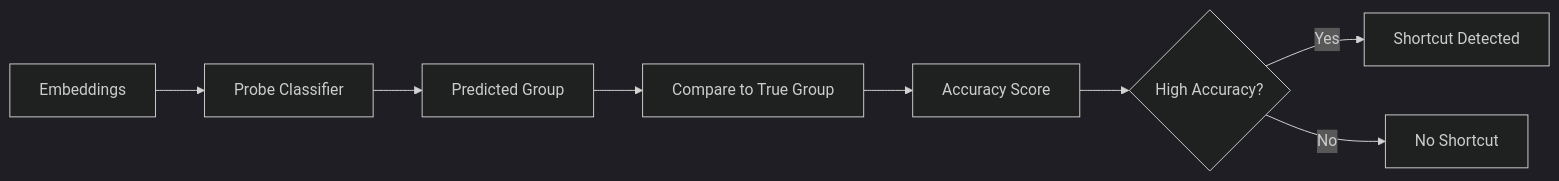
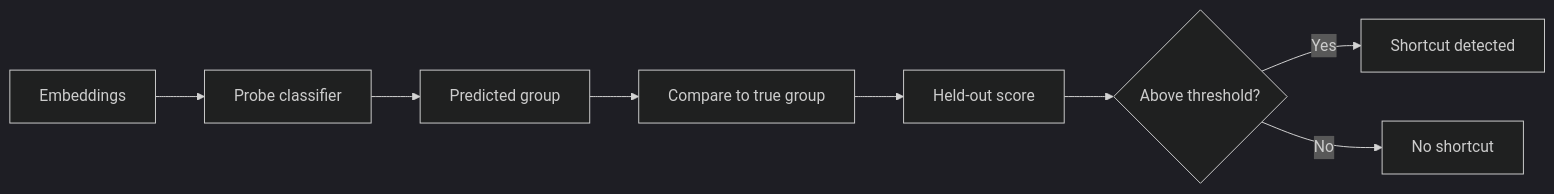
One commit to criticaldata/ShortKit-ML changed the diagram in docs/methods/probe.md. Above: the diagram before and after it, drawn with Mermaid (dark theme). The commit also changed other lines of this file and 92 other files, not shown here.

````diff
--- a/docs/methods/probe.md
+++ b/docs/methods/probe.md
@@ -14,10 +14,10 @@
 ```mermaid
 graph LR
-    A[Embeddings] --> B[Probe Classifier]
-    B --> C[Predicted Group]
-    C --> D[Compare to True Group]
-    D --> E[Accuracy Score]
-    E --> F{High Accuracy?}
-    F -->|Yes| G[Shortcut Detected]
-    F -->|No| H[No Shortcut]
+    A[Embeddings] --> B[Probe classifier]
+    B --> C[Predicted group]
+    C --> D[Compare to true group]
+    D --> E[Held-out score]
+    E --> F{Above threshold?}
+    F -->|Yes| G[Shortcut detected]
+    F -->|No| H[No shortcut]
 ```
````
